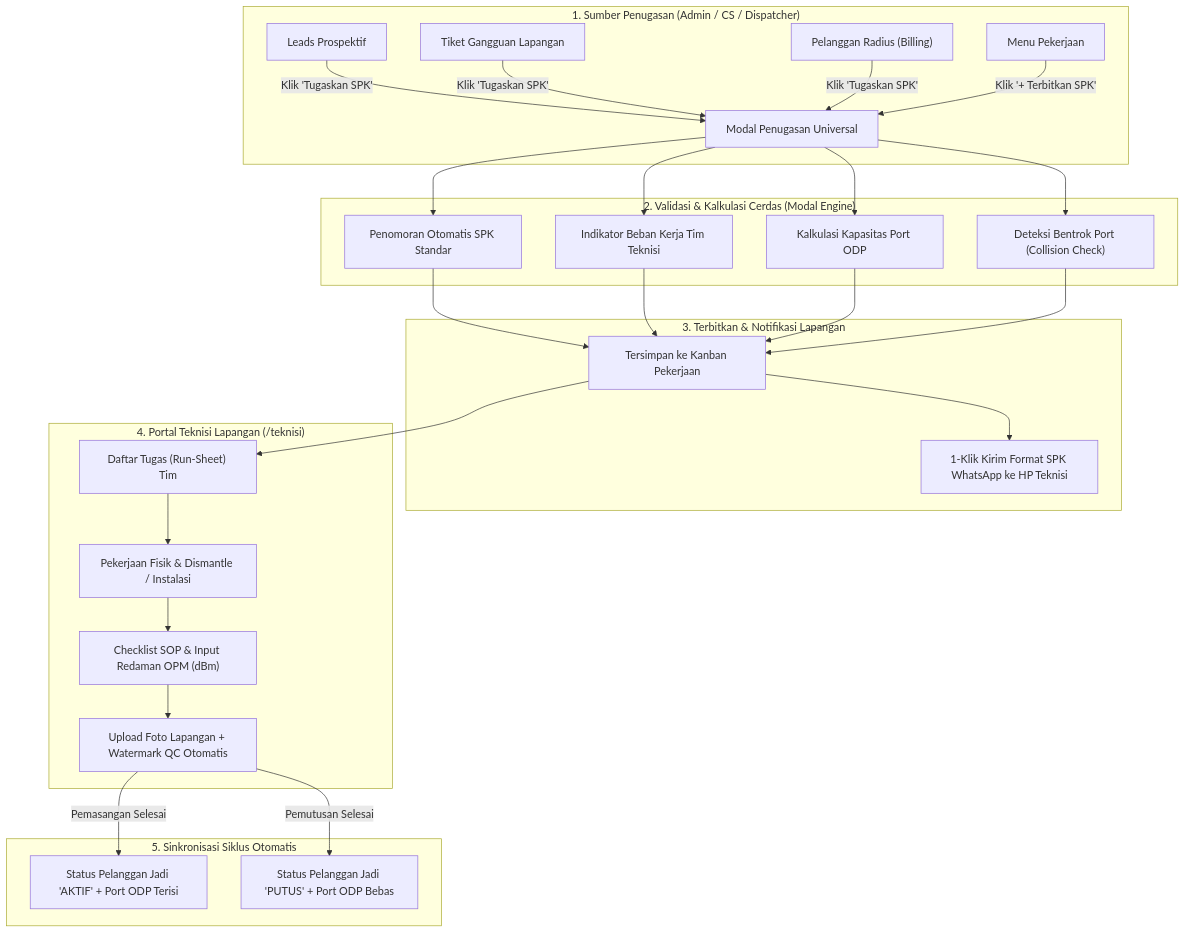
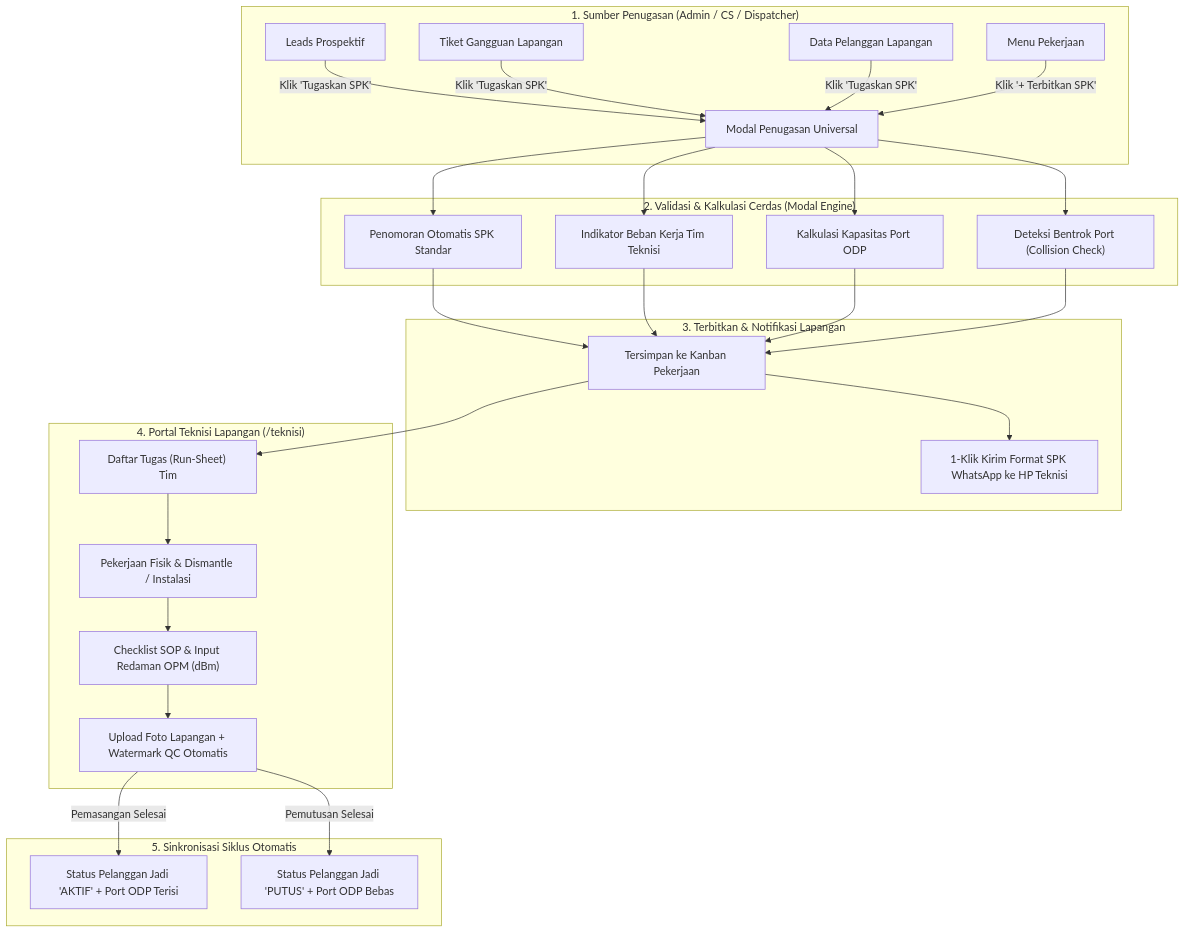
Before and after one commit to kurniaptk-dotcom/nexus-net-management: the diagram in tutorial_sistem_penugasan_teknisi.md, drawn with Mermaid. The commit also changed other lines of this file and 7 other files, not shown here.

Commit message:
refactor: harmonisasi menyeluruh terminologi data pelanggan, SOP 1 foto, dan dokumen presentasi

````diff
--- a/tutorial_sistem_penugasan_teknisi.md
+++ b/tutorial_sistem_penugasan_teknisi.md
@@ -17,33 +17,33 @@
 ```mermaid
 flowchart TD
     subgraph Input_Dispatch["1. Sumber Penugasan (Admin / CS / Dispatcher)"]
         A1["Leads Prospektif"] -->|"Klik 'Tugaskan SPK'"| M["Modal Penugasan Universal"]
         A2["Tiket Gangguan Lapangan"] -->|"Klik 'Tugaskan SPK'"| M
-        A3["Pelanggan Radius (Billing)"] -->|"Klik 'Tugaskan SPK'"| M
+        A3["Data Pelanggan Lapangan"] -->|"Klik 'Tugaskan SPK'"| M
         A4["Menu Pekerjaan"] -->|"Klik '+ Terbitkan SPK'"| M
     end
 
     subgraph Modal_Engine["2. Validasi & Kalkulasi Cerdas (Modal Engine)"]
         M --> V1["Penomoran Otomatis SPK Standar"]
         M --> V2["Indikator Beban Kerja Tim Teknisi"]
         M --> V3["Kalkulasi Kapasitas Port ODP"]
         M --> V4["Deteksi Bentrok Port (Collision Check)"]
     end
 
     subgraph Notification["3. Terbitkan & Notifikasi Lapangan"]
         V1 & V2 & V3 & V4 --> D1["Tersimpan ke Kanban Pekerjaan"]
         D1 --> D2["1-Klik Kirim Format SPK WhatsApp ke HP Teknisi"]
     end
 
     subgraph Field_Execution["4. Portal Teknisi Lapangan (/teknisi)"]
         D1 --> T1["Daftar Tugas (Run-Sheet) Tim"]
         T1 --> T2["Pekerjaan Fisik & Dismantle / Instalasi"]
         T2 --> T3["Checklist SOP & Input Redaman OPM (dBm)"]
         T3 --> T4["Upload Foto Lapangan + Watermark QC Otomatis"]
     end
 
     subgraph Lifecycle_Sync["5. Sinkronisasi Siklus Otomatis"]
         T4 -->|"Pemasangan Selesai"| S1["Status Pelanggan Jadi 'AKTIF' + Port ODP Terisi"]
         T4 -->|"Pemutusan Selesai"| S2["Status Pelanggan Jadi 'PUTUS' + Port ODP Bebas"]
     end
 ```
````
